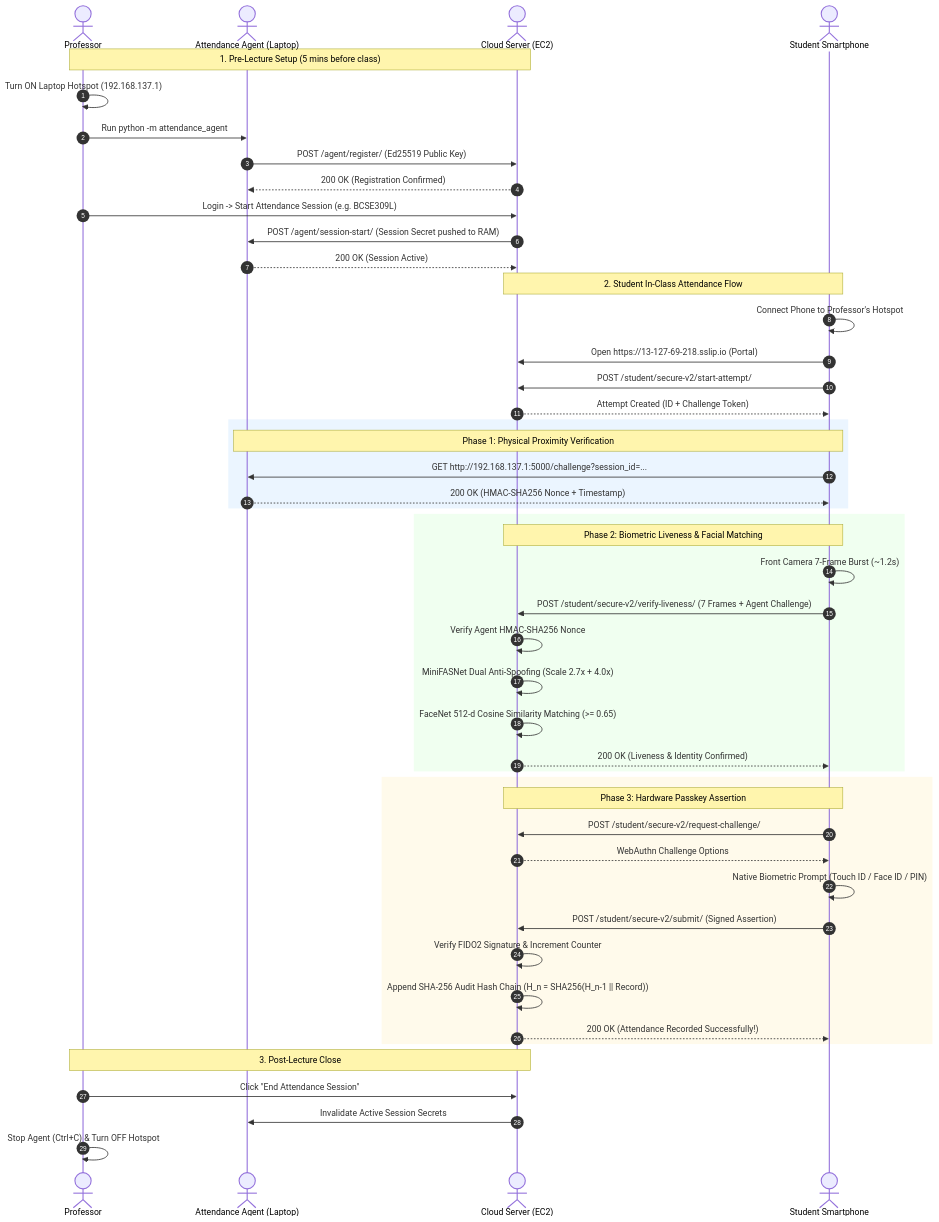
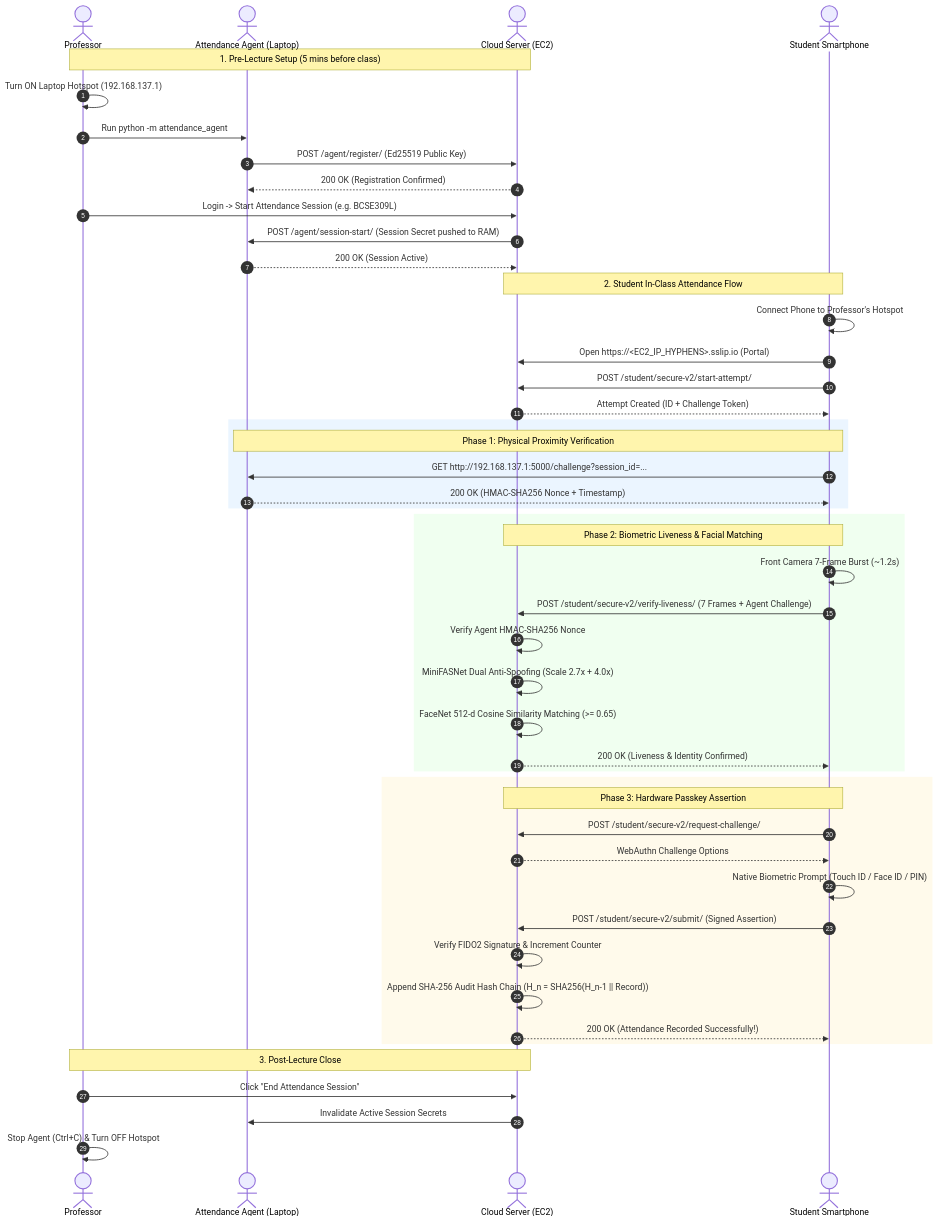
Before and after one commit to Aarav-Shah-175/Secure_Attendance_System: the fifth of 6 diagrams in README.md, drawn with Mermaid. The commit also changed 10 other files, not shown here.

````diff
--- a/README.md
+++ b/README.md
@@ -245,56 +245,56 @@
 ```mermaid
 sequenceDiagram
     autonumber
     actor Prof as Professor
     actor Agent as Attendance Agent (Laptop)
     actor Cloud as Cloud Server (EC2)
     actor Student as Student Smartphone
 
     Note over Prof,Cloud: 1. Pre-Lecture Setup (5 mins before class)
     Prof->>Prof: Turn ON Laptop Hotspot (192.168.137.1)
     Prof->>Agent: Run python -m attendance_agent
     Agent->>Cloud: POST /agent/register/ (Ed25519 Public Key)
     Cloud-->>Agent: 200 OK (Registration Confirmed)
 
     Prof->>Cloud: Login -> Start Attendance Session (e.g. BCSE309L)
     Cloud->>Agent: POST /agent/session-start/ (Session Secret pushed to RAM)
     Agent-->>Cloud: 200 OK (Session Active)
 
     Note over Student,Cloud: 2. Student In-Class Attendance Flow
     Student->>Student: Connect Phone to Professor's Hotspot
-    Student->>Cloud: Open https://13-127-69-218.sslip.io (Portal)
+    Student->>Cloud: Open https://<EC2_IP_HYPHENS>.sslip.io (Portal)
     Student->>Cloud: POST /student/secure-v2/start-attempt/
     Cloud-->>Student: Attempt Created (ID + Challenge Token)
 
     rect rgb(235, 245, 255)
         Note over Student,Agent: Phase 1: Physical Proximity Verification
         Student->>Agent: GET http://192.168.137.1:5000/challenge?session_id=...
         Agent-->>Student: 200 OK (HMAC-SHA256 Nonce + Timestamp)
     end
 
     rect rgb(240, 255, 240)
         Note over Student,Cloud: Phase 2: Biometric Liveness & Facial Matching
         Student->>Student: Front Camera 7-Frame Burst (~1.2s)
         Student->>Cloud: POST /student/secure-v2/verify-liveness/ (7 Frames + Agent Challenge)
         Cloud->>Cloud: Verify Agent HMAC-SHA256 Nonce
         Cloud->>Cloud: MiniFASNet Dual Anti-Spoofing (Scale 2.7x + 4.0x)
         Cloud->>Cloud: FaceNet 512-d Cosine Similarity Matching (>= 0.65)
         Cloud-->>Student: 200 OK (Liveness & Identity Confirmed)
     end
 
     rect rgb(255, 250, 235)
         Note over Student,Cloud: Phase 3: Hardware Passkey Assertion
         Student->>Cloud: POST /student/secure-v2/request-challenge/
         Cloud-->>Student: WebAuthn Challenge Options
         Student->>Student: Native Biometric Prompt (Touch ID / Face ID / PIN)
         Student->>Cloud: POST /student/secure-v2/submit/ (Signed Assertion)
         Cloud->>Cloud: Verify FIDO2 Signature & Increment Counter
         Cloud->>Cloud: Append SHA-256 Audit Hash Chain (H_n = SHA256(H_n-1 || Record))
         Cloud-->>Student: 200 OK (Attendance Recorded Successfully!)
     end
 
     Note over Prof,Cloud: 3. Post-Lecture Close
     Prof->>Cloud: Click "End Attendance Session"
     Cloud->>Agent: Invalidate Active Session Secrets
     Prof->>Prof: Stop Agent (Ctrl+C) & Turn OFF Hotspot
 ```
````
